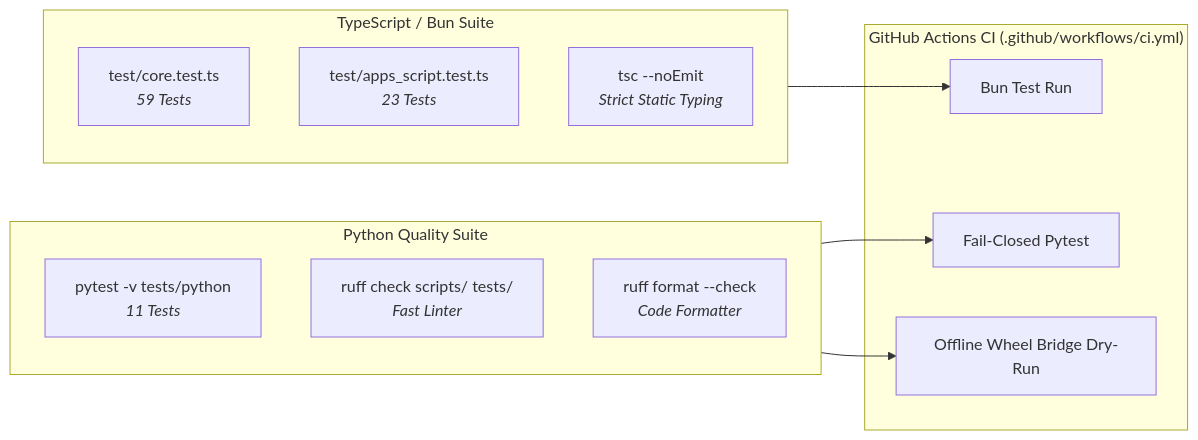
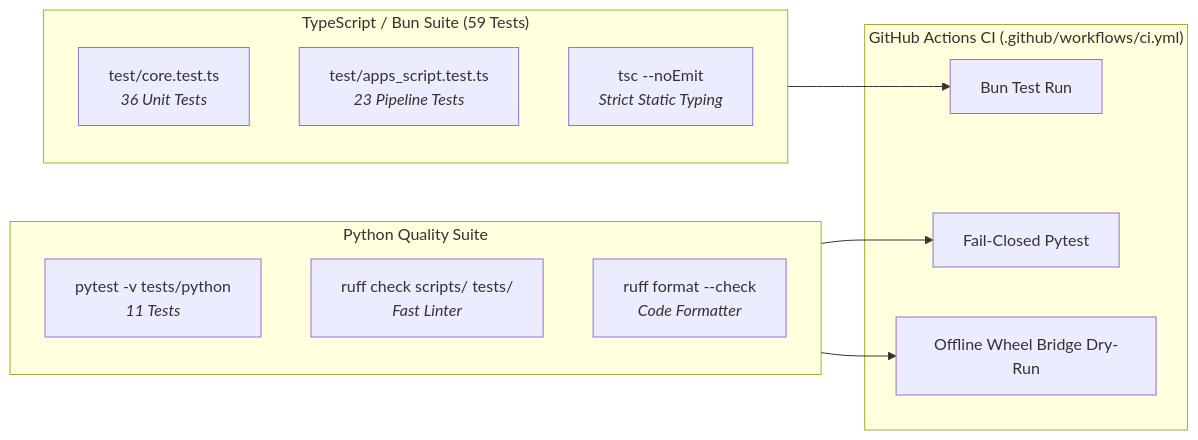
One commit to wryenmeek/gemini-spark-automations changed the second of 2 diagrams in docs/IMPLEMENTATION_PLAN.md. Above: the diagram before and after it, drawn with Mermaid. The commit also changed other lines of this file and 5 other files, not shown here.

````diff
--- a/docs/IMPLEMENTATION_PLAN.md
+++ b/docs/IMPLEMENTATION_PLAN.md
@@ -171,23 +171,23 @@
 ```mermaid
 flowchart LR
-    subgraph TS["TypeScript / Bun Suite"]
-        CoreTest["test/core.test.ts<br><i>59 Tests</i>"]
-        AppsTest["test/apps_script.test.ts<br><i>23 Tests</i>"]
+    subgraph TS["TypeScript / Bun Suite (59 Tests)"]
+        CoreTest["test/core.test.ts<br><i>36 Unit Tests</i>"]
+        AppsTest["test/apps_script.test.ts<br><i>23 Pipeline Tests</i>"]
         Typecheck["tsc --noEmit<br><i>Strict Static Typing</i>"]
     end
 
     subgraph PY["Python Quality Suite"]
         Pytest["pytest -v tests/python<br><i>11 Tests</i>"]
         RuffLint["ruff check scripts/ tests/<br><i>Fast Linter</i>"]
         RuffFmt["ruff format --check<br><i>Code Formatter</i>"]
     end
 
     subgraph CI["GitHub Actions CI (.github/workflows/ci.yml)"]
         RunBun["Bun Test Run"]
         RunPy["Fail-Closed Pytest"]
         RunWheel["Offline Wheel Bridge Dry-Run"]
     end
 
     TS --> RunBun
     PY --> RunPy & RunWheel
 ```
````
